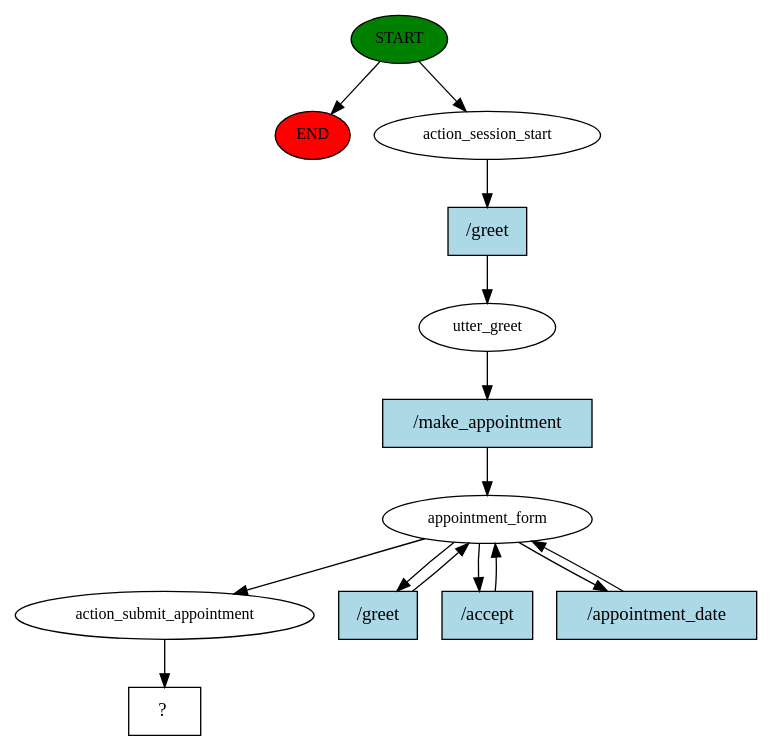
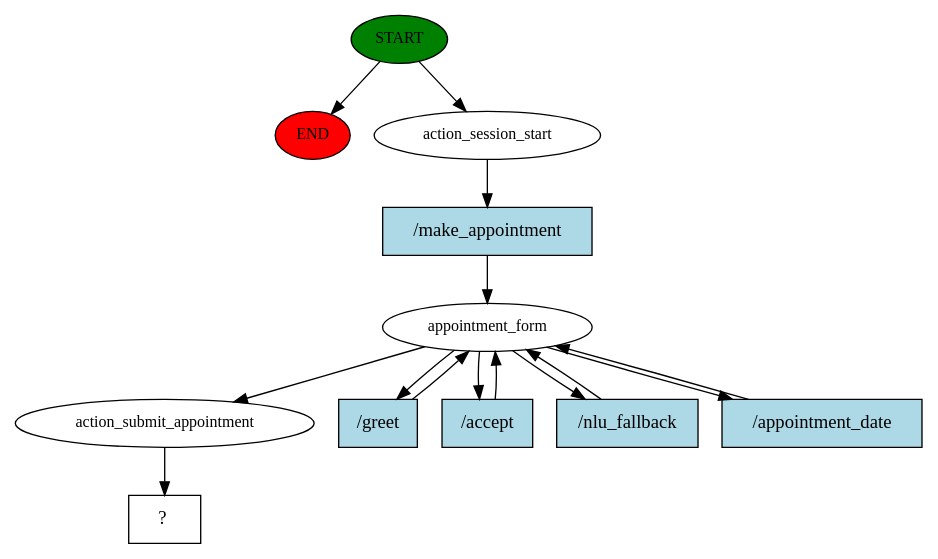
Before and after one commit to Localized-Medical-Chatbot/Medical_Chatbot: the diagram in story_graph.dot, drawn with Graphviz. The commit also changed 5 other files, not shown here.

```diff
--- a/story_graph.dot
+++ b/story_graph.dot
@@ -1,28 +1,27 @@
 digraph  {
 0 [class="start active", fillcolor=green, fontsize=12, label=START, style=filled];
 "-1" [class=end, fillcolor=red, fontsize=12, label=END, style=filled];
 1 [class=active, fontsize=12, label=action_session_start];
-2 [class=active, fontsize=12, label=utter_greet];
-3 [class=active, fontsize=12, label=appointment_form];
-7 [class=active, fontsize=12, label=action_submit_appointment];
-8 [class="intent dashed active", label="  ?  ", shape=rect];
-9 [class="intent active", fillcolor=lightblue, label="/greet", shape=rect, style=filled];
+2 [class=active, fontsize=12, label=appointment_form];
+8 [class=active, fontsize=12, label=action_submit_appointment];
+9 [class="intent dashed active", label="  ?  ", shape=rect];
 10 [class="intent active", fillcolor=lightblue, label="/make_appointment", shape=rect, style=filled];
 11 [class="intent active", fillcolor=lightblue, label="/greet", shape=rect, style=filled];
 12 [class="intent active", fillcolor=lightblue, label="/accept", shape=rect, style=filled];
-13 [class="intent active", fillcolor=lightblue, label="/appointment_date", shape=rect, style=filled];
+13 [class="intent active", fillcolor=lightblue, label="/nlu_fallback", shape=rect, style=filled];
+14 [class="intent active", fillcolor=lightblue, label="/appointment_date", shape=rect, style=filled];
 0 -> "-1"  [class="", key=NONE, label=""];
 0 -> 1  [class=active, key=NONE, label=""];
-1 -> 9  [class=active, key=0];
-2 -> 10  [class=active, key=0];
-3 -> 7  [class=active, key=NONE, label=""];
-3 -> 11  [class=active, key=0];
-3 -> 12  [class=active, key=0];
-3 -> 13  [class=active, key=0];
-7 -> 8  [class=active, key=NONE, label=""];
-9 -> 2  [class=active, key=0];
-10 -> 3  [class=active, key=0];
-11 -> 3  [class=active, key=0];
-12 -> 3  [class=active, key=0];
-13 -> 3  [class=active, key=0];
+1 -> 10  [class=active, key=0];
+2 -> 8  [class=active, key=NONE, label=""];
+2 -> 11  [class=active, key=0];
+2 -> 12  [class=active, key=0];
+2 -> 13  [class=active, key=0];
+2 -> 14  [class=active, key=0];
+8 -> 9  [class=active, key=NONE, label=""];
+10 -> 2  [class=active, key=0];
+11 -> 2  [class=active, key=0];
+12 -> 2  [class=active, key=0];
+13 -> 2  [class=active, key=0];
+14 -> 2  [class=active, key=0];
 }
```
